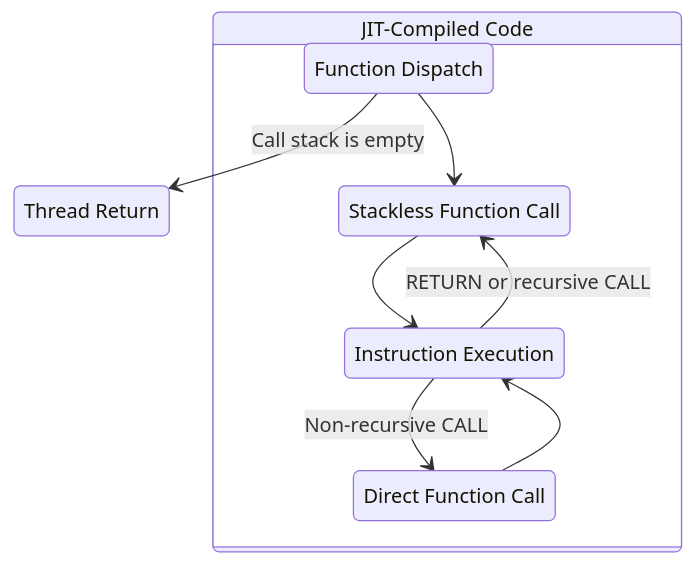
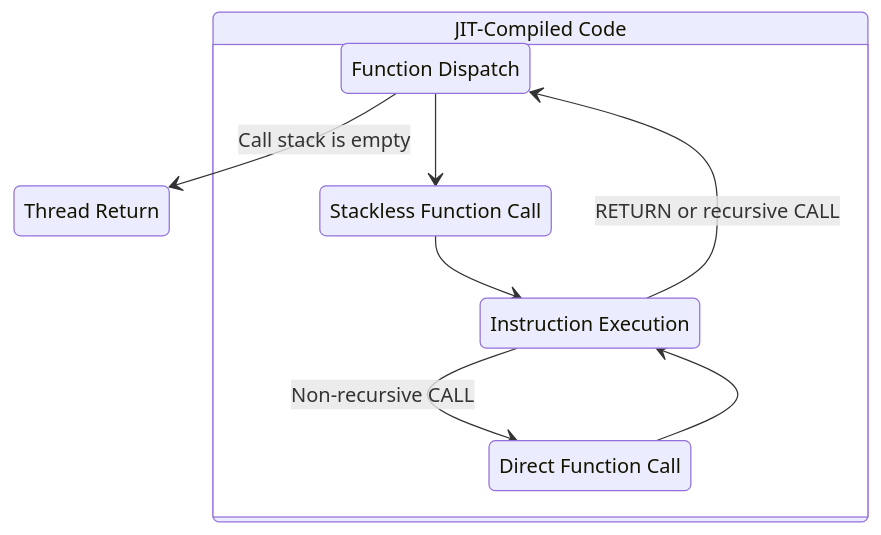
The diagram in DESIGN.md (solaeus/dust), drawn with Mermaid before and after one commit.

````diff
--- a/DESIGN.md
+++ b/DESIGN.md
@@ -60,19 +60,19 @@
 ```mermaid
 stateDiagram-v2
     Exit: Thread Return
 
     JIT: JIT-Compiled Code
     state JIT {
         Dispatch: Function Dispatch
         Stackless: Stackless Function Call
         Direct: Direct Function Call
         Instructions: Instruction Execution
     }
 
     Dispatch --> Exit: Call stack is empty
     Dispatch --> Stackless
     Stackless --> Instructions
     Direct --> Instructions
-    Instructions --> Stackless: RETURN or recursive CALL
+    Instructions --> Dispatch: RETURN or recursive CALL
     Instructions --> Direct: Non-recursive CALL
 ```
````
